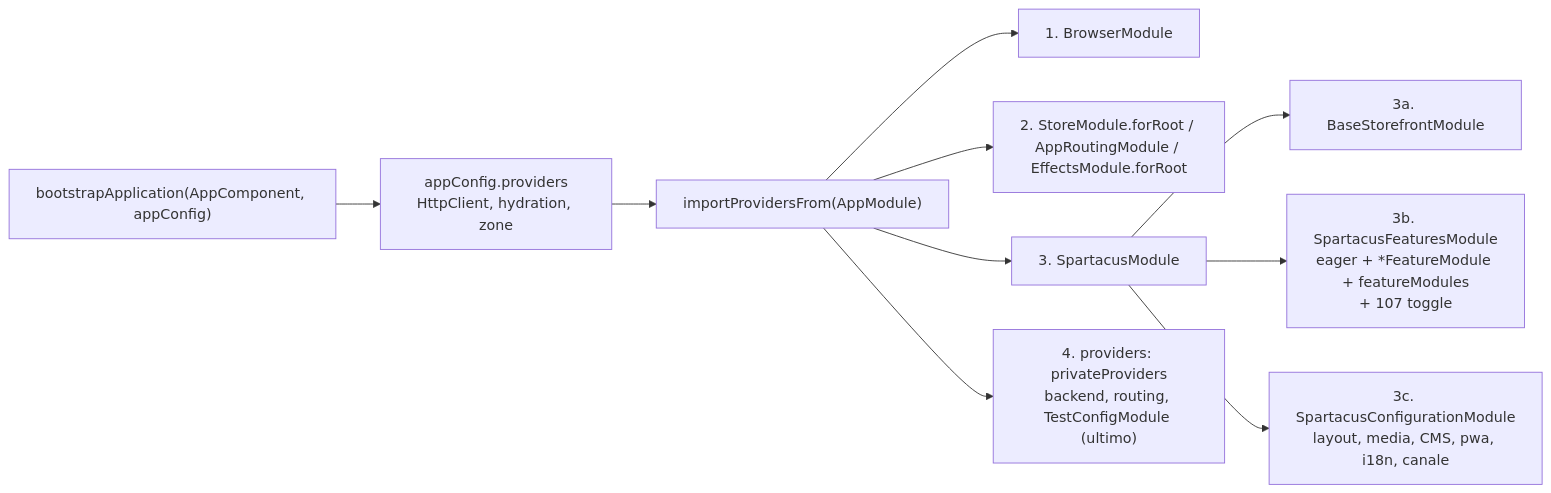
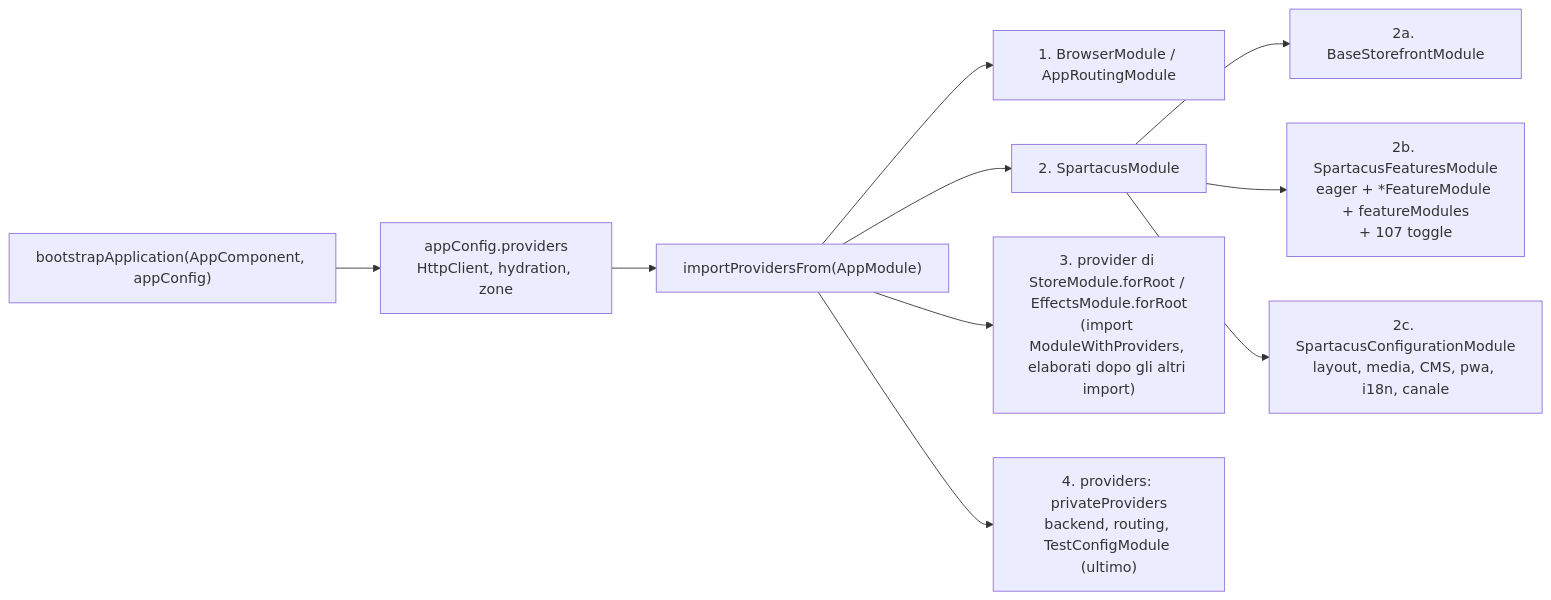
Before and after one commit to mgiuditta/spartacus: the second of 4 diagrams in docs/spartacus-book/parte-2/47-app-demo.md, drawn with Mermaid. The commit also changed other lines of this file and 5 other files, not shown here.

````diff
--- a/docs/spartacus-book/parte-2/47-app-demo.md
+++ b/docs/spartacus-book/parte-2/47-app-demo.md
@@ -259,12 +259,12 @@
 ```mermaid
 flowchart LR
   BA["bootstrapApplication(AppComponent, appConfig)"] --> AC["appConfig.providers<br/>HttpClient, hydration, zone"]
   AC --> AM["importProvidersFrom(AppModule)"]
-  AM --> I1["1. BrowserModule"]
-  AM --> I2["2. StoreModule.forRoot / AppRoutingModule / EffectsModule.forRoot"]
-  AM --> SM["3. SpartacusModule"]
-  SM --> S1["3a. BaseStorefrontModule"]
-  SM --> S2["3b. SpartacusFeaturesModule<br/>eager + *FeatureModule + featureModules<br/>+ 107 toggle"]
-  SM --> S3["3c. SpartacusConfigurationModule<br/>layout, media, CMS, pwa, i18n, canale"]
+  AM --> I1["1. BrowserModule / AppRoutingModule"]
+  AM --> SM["2. SpartacusModule"]
+  SM --> S1["2a. BaseStorefrontModule"]
+  SM --> S2["2b. SpartacusFeaturesModule<br/>eager + *FeatureModule + featureModules<br/>+ 107 toggle"]
+  SM --> S3["2c. SpartacusConfigurationModule<br/>layout, media, CMS, pwa, i18n, canale"]
+  AM --> I2["3. provider di StoreModule.forRoot / EffectsModule.forRoot<br/>(import ModuleWithProviders, elaborati dopo gli altri import)"]
   AM --> PP["4. providers: privateProviders<br/>backend, routing, TestConfigModule (ultimo)"]
 ```
````
